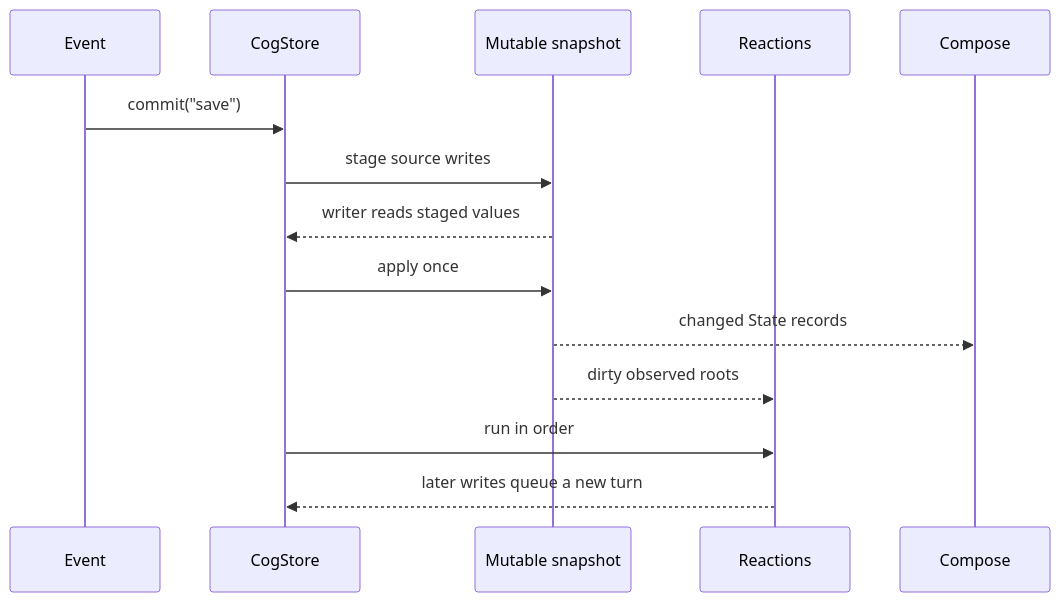
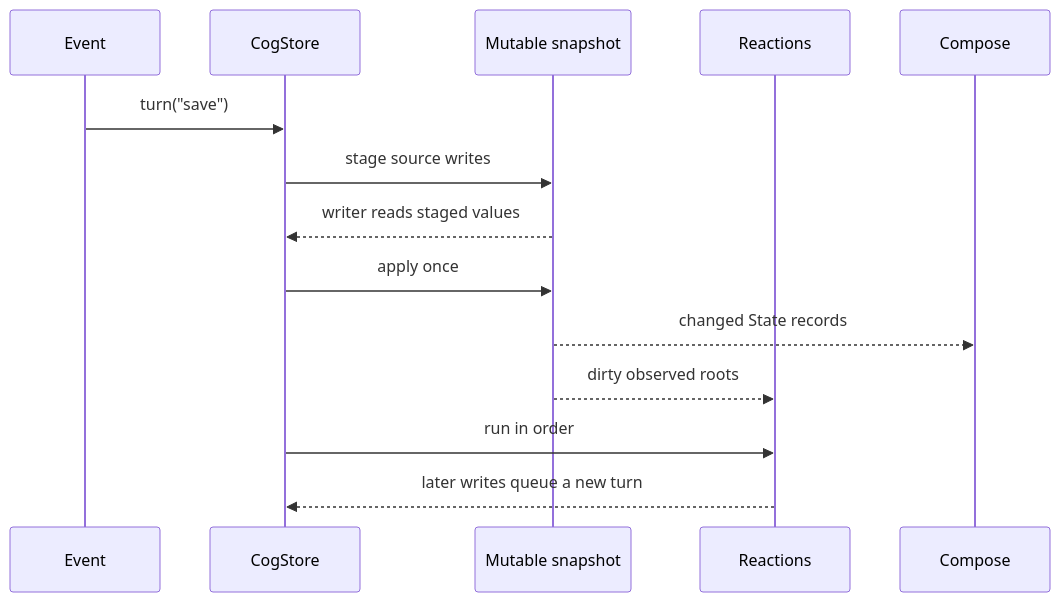
One commit to skeswa/cog changed the third of 4 diagrams in docs/kotlin/exploration.md. Above: the diagram before and after it, drawn with Mermaid. The commit also changed other lines of this file and 309 other files, not shown here.

````diff
--- a/docs/kotlin/exploration.md
+++ b/docs/kotlin/exploration.md
@@ -269,16 +264,16 @@
 ```mermaid
 sequenceDiagram
     participant E as Event
     participant C as CogStore
     participant S as Mutable snapshot
     participant R as Reactions
     participant U as Compose
-    E->>C: commit("save")
+    E->>C: turn("save")
     C->>S: stage source writes
     S-->>C: writer reads staged values
     C->>S: apply once
     S-->>U: changed State records
     S-->>R: dirty observed roots
     C->>R: run in order
     R-->>C: later writes queue a new turn
 ```
````
